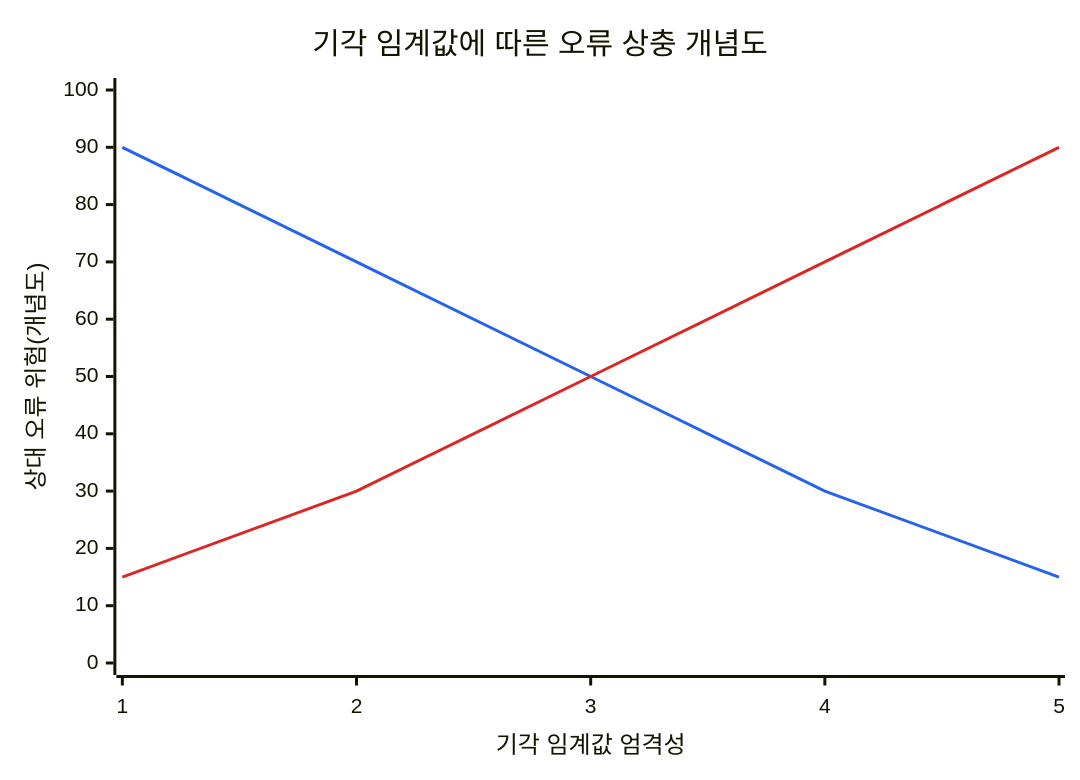
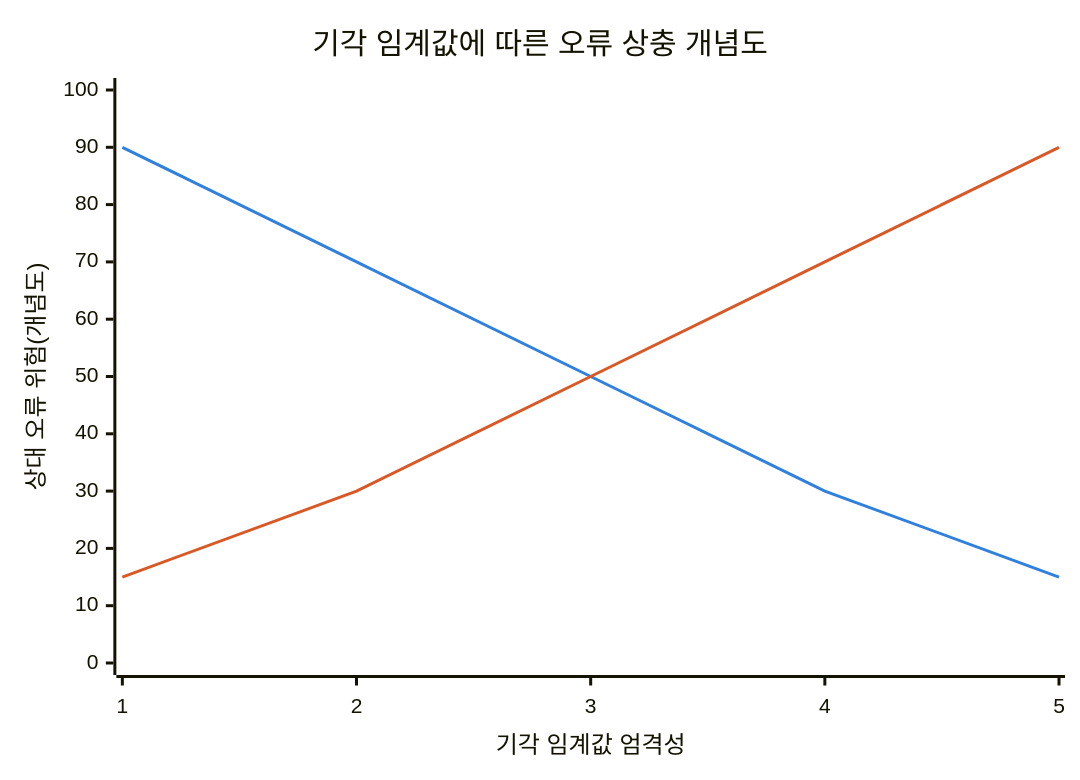
The first of 4 diagrams in src/content/docs/notes/01-basic-theory/033_hypothesis_testing.md (agnusdei1207/knowledge-base), drawn with Mermaid before and after one commit. The commit also changed other lines of this file and 20 other files, not shown here.

````diff
--- a/src/content/docs/notes/01-basic-theory/033_hypothesis_testing.md
+++ b/src/content/docs/notes/01-basic-theory/033_hypothesis_testing.md
@@ -57,14 +57,9 @@
 ```mermaid
----
-config:
-  themeVariables:
-    xyChart:
-      plotColorPalette: "#2563EB, #DC2626"
----
+%%{init: {"themeVariables": {"xyChart": {"plotColorPalette": "#3080dd, #d95926"}}} }%%
 xychart-beta
     title "기각 임계값에 따른 오류 상충 개념도"
     x-axis "기각 임계값 엄격성" [1, 2, 3, 4, 5]
     y-axis "상대 오류 위험(개념도)" 0 --> 100
     line [90, 70, 50, 30, 15]
     line [15, 30, 50, 70, 90]
 ```
````
